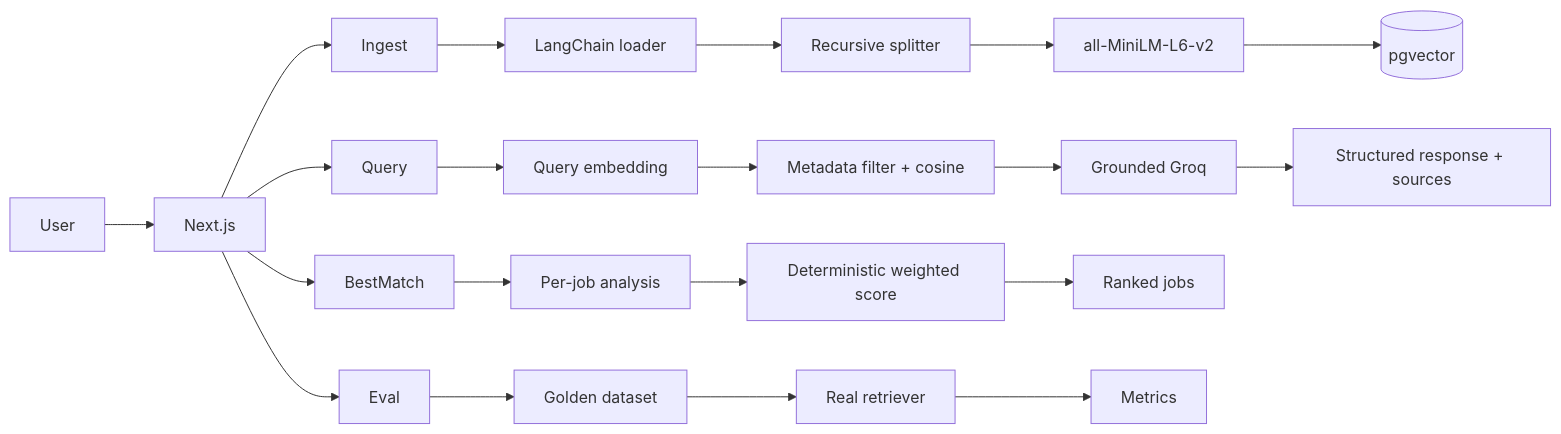
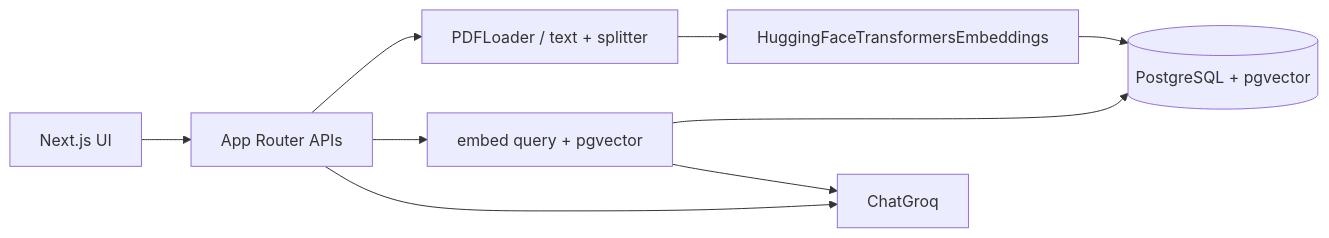
Before and after one commit to Parteek11/career-intelligence-assistant: the diagram in README.md, drawn with Mermaid. The commit also changed other lines of this file and 90 other files, not shown here.

````diff
--- a/README.md
+++ b/README.md
@@ -36,26 +27,12 @@
 ```mermaid
 flowchart LR
-  User --> NextJS[Next.js]
-  NextJS --> Ingest
-  NextJS --> Query
-  NextJS --> BestMatch
-  NextJS --> Eval
+  UI[Next.js UI] --> API[App Router APIs]
+  API --> Ingest[PDFLoader / text + splitter]
+  API --> Retrieve[embed query + pgvector]
+  API --> Groq[ChatGroq]
 
-  Ingest --> Loader[LangChain loader]
-  Loader --> Split[Recursive splitter]
-  Split --> MiniLM[all-MiniLM-L6-v2]
-  MiniLM --> PG[(pgvector)]
-
-  Query --> QEmbed[Query embedding]
-  QEmbed --> Retrieve[Metadata filter + cosine]
-  Retrieve --> Groq[Grounded Groq]
-  Groq --> JSON[Structured response + sources]
-
-  BestMatch --> PerJob[Per-job analysis]
-  PerJob --> Score[Deterministic weighted score]
-  Score --> Rank[Ranked jobs]
-
-  Eval --> Golden[Golden dataset]
-  Golden --> Retriever[Real retriever]
-  Retriever --> Metrics[Metrics]
+  Ingest --> MiniLM[HuggingFaceTransformersEmbeddings]
+  MiniLM --> PG[(PostgreSQL + pgvector)]
+  Retrieve --> PG
+  Retrieve --> Groq
 ```
````
